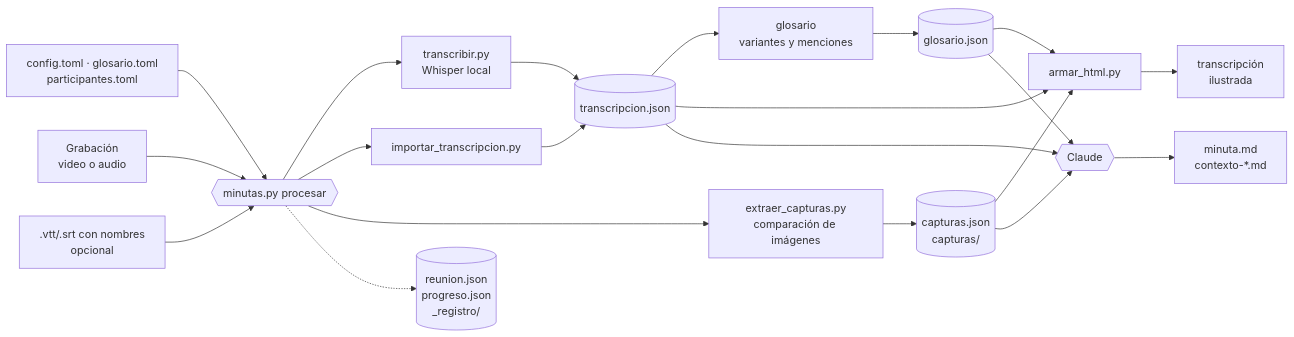
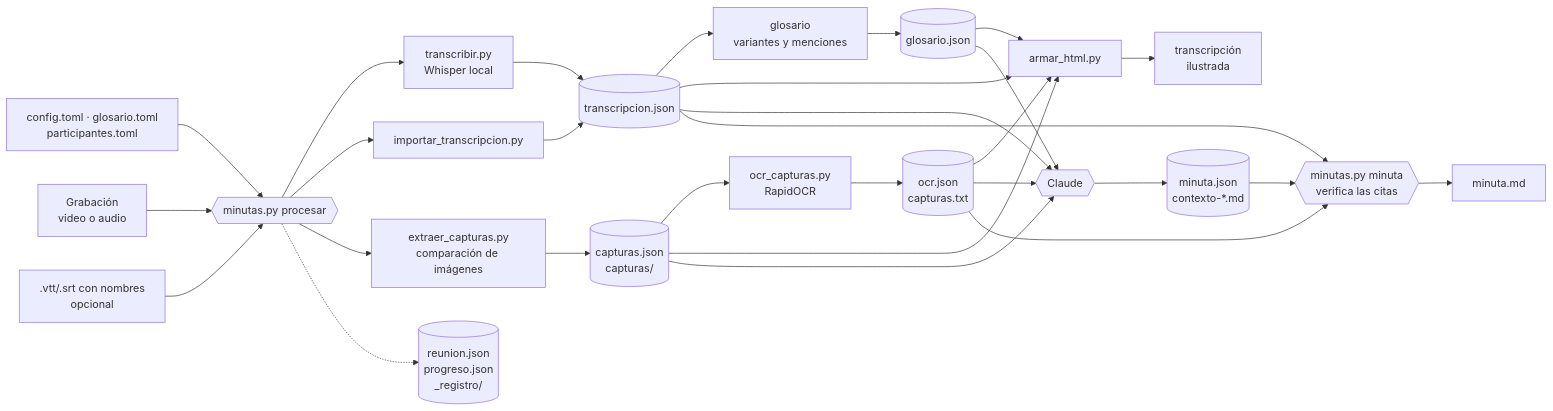
The diagram in docs/arquitectura.md (Juliocbm/minutas-video), drawn with Mermaid before and after one commit. The commit also changed other lines of this file and 35 other files, not shown here.

First line of the commit message:
Versión 0.3.0: evidencia (texto de las capturas y minuta con citas verificadas)

````diff
--- a/docs/arquitectura.md
+++ b/docs/arquitectura.md
@@ -13,23 +13,31 @@
 ```mermaid
 flowchart LR
     CFG[config.toml · glosario.toml<br/>participantes.toml] --> O
     G[Grabación<br/>video o audio] --> O{{minutas.py procesar}}
     V[.vtt/.srt con nombres<br/>opcional] --> O
     O --> W[transcribir.py<br/>Whisper local]
     O --> I[importar_transcripcion.py]
     O --> C[extraer_capturas.py<br/>comparación de imágenes]
     W --> T[(transcripcion.json)]
     I --> T
     C --> K[(capturas.json<br/>capturas/)]
+    K --> OC[ocr_capturas.py<br/>RapidOCR]
+    OC --> OJ[(ocr.json<br/>capturas.txt)]
     T --> GL[glosario<br/>variantes y menciones]
     GL --> GJ[(glosario.json)]
     T --> H[armar_html.py]
     K --> H
+    OJ --> H
     GJ --> H
     H --> HTML[transcripción<br/>ilustrada]
     O -.-> R[(reunion.json<br/>progreso.json<br/>_registro/)]
     T --> CL{{Claude}}
     K --> CL
+    OJ --> CL
     GJ --> CL
-    CL --> M[minuta.md<br/>contexto-*.md]
+    CL --> MJ[(minuta.json<br/>contexto-*.md)]
+    MJ --> MV{{minutas.py minuta<br/>verifica las citas}}
+    T --> MV
+    OJ --> MV
+    MV --> M[minuta.md]
 ```
````
